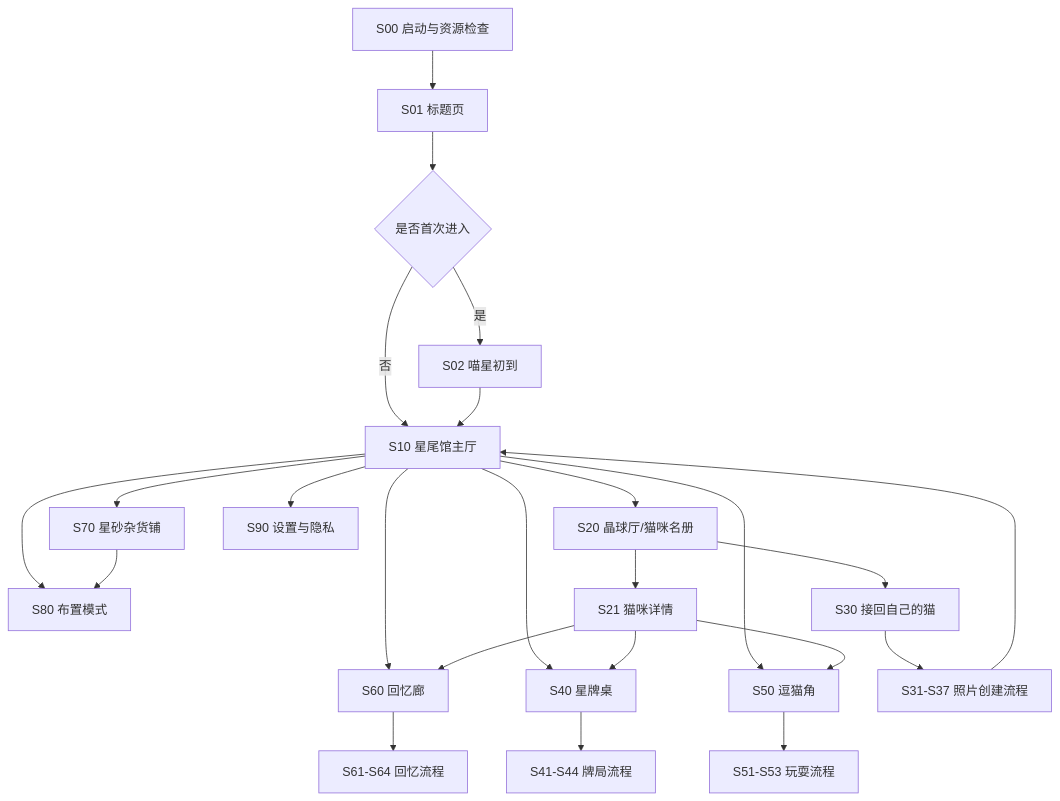
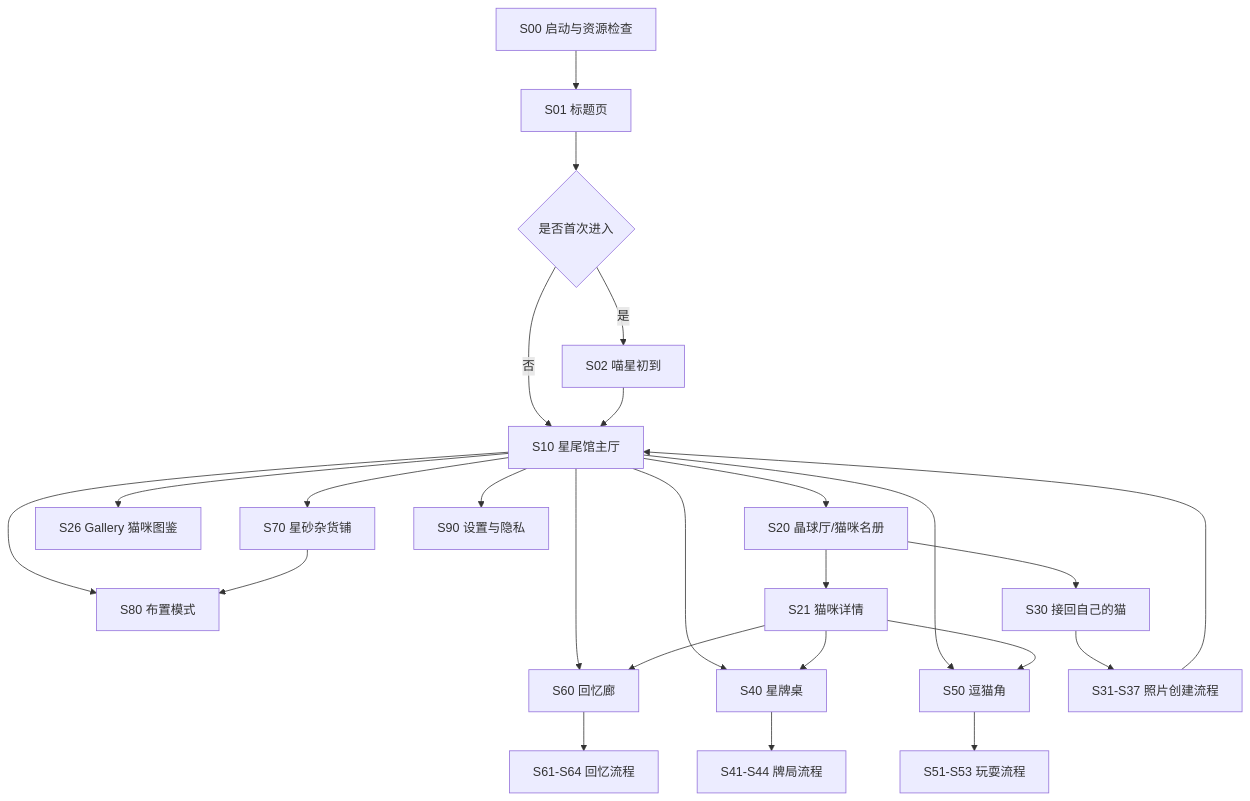
One commit to eaglefly628/ApolloGame changed the first of 10 diagrams in docs/design/game112/menu-flow.md. Above: the diagram before and after it, drawn with Mermaid. The commit also changed other lines of this file and 12 other files, not shown here.

````diff
--- a/docs/design/game112/menu-flow.md
+++ b/docs/design/game112/menu-flow.md
@@ -26,30 +26,31 @@
 ```mermaid
 flowchart TD
     BOOT[S00 启动与资源检查] --> TITLE[S01 标题页]
     TITLE --> ONBOARD{是否首次进入}
     ONBOARD -- 是 --> INTRO[S02 喵星初到]
     ONBOARD -- 否 --> HOME[S10 星尾馆主厅]
     INTRO --> HOME
 
     HOME --> CATS[S20 晶球厅/猫咪名册]
+    HOME --> GALLERY[S26 Gallery 猫咪图鉴]
     HOME --> CARD[S40 星牌桌]
     HOME --> PLAY[S50 逗猫角]
     HOME --> MEMORY[S60 回忆廊]
     HOME --> SHOP[S70 星砂杂货铺]
     HOME --> DECOR[S80 布置模式]
     HOME --> SETTINGS[S90 设置与隐私]
 
     CATS --> CATDETAIL[S21 猫咪详情]
     CATS --> UPLOAD[S30 接回自己的猫]
     CATDETAIL --> MEMORY
     CATDETAIL --> CARD
     CATDETAIL --> PLAY
 
     UPLOAD --> CREATE[S31-S37 照片创建流程]
     CREATE --> HOME
 
     CARD --> CARDPLAY[S41-S44 牌局流程]
     PLAY --> PLAYRUN[S51-S53 玩耍流程]
     MEMORY --> STORY[S61-S64 回忆流程]
     SHOP --> DECOR
 ```
````
